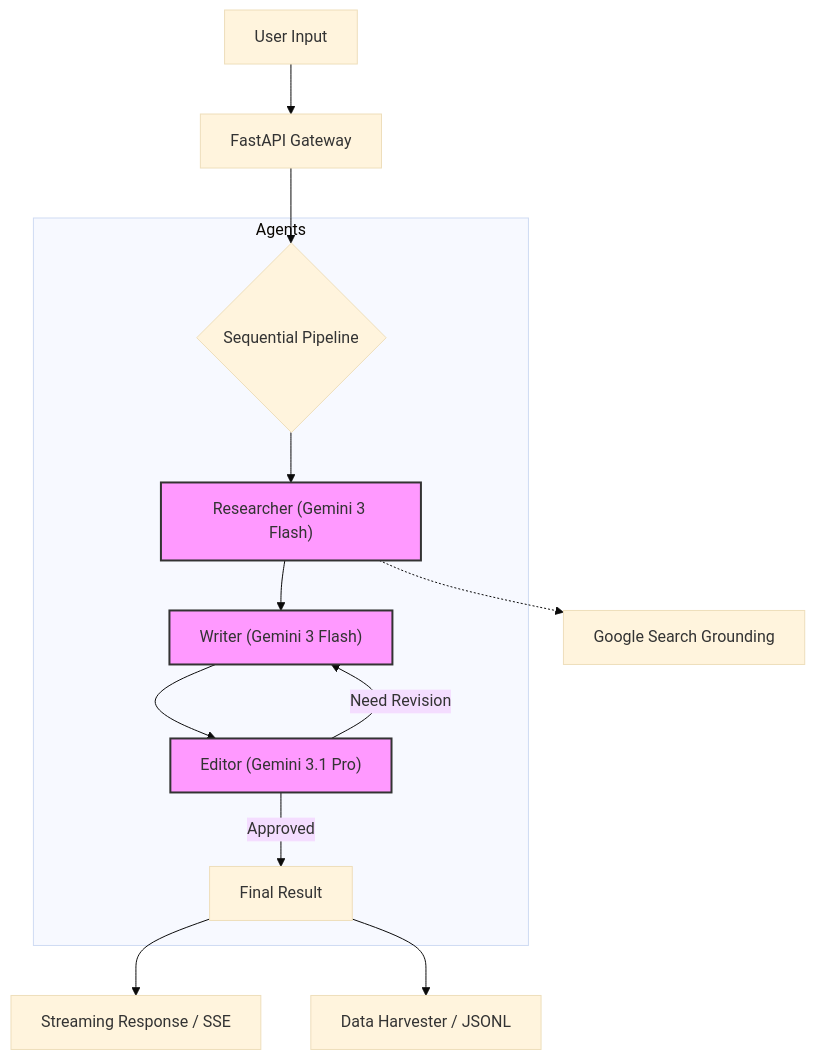
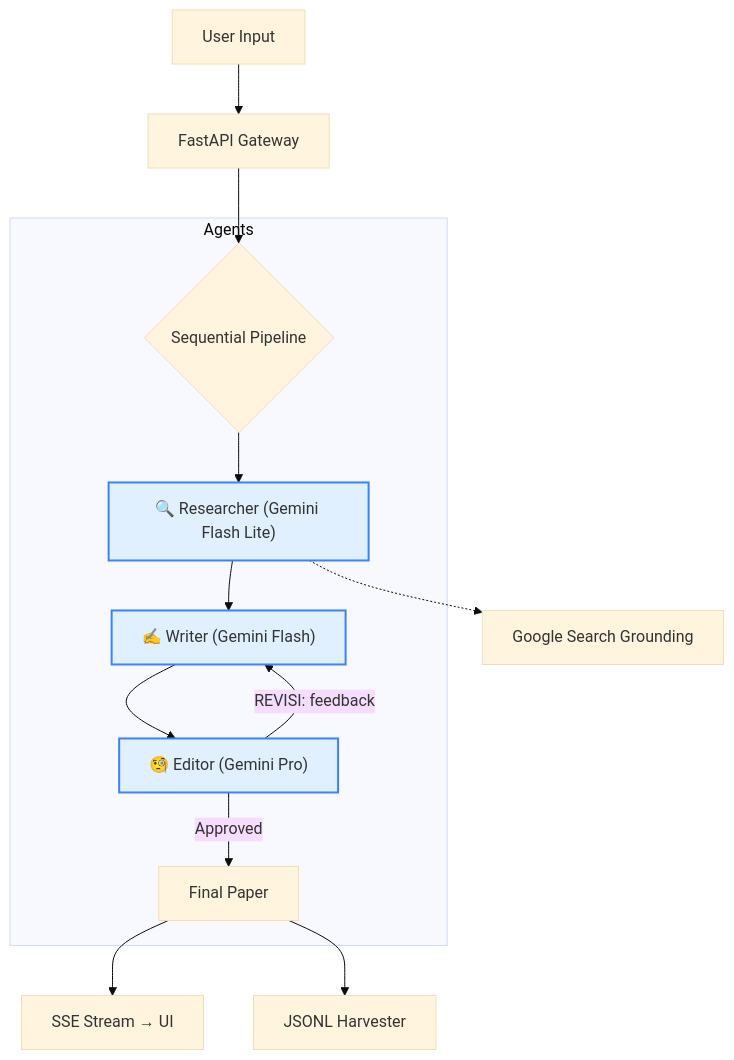
One commit to AriHyuk/researcher-ai changed the diagram in README.md. Above: the diagram before and after it, drawn with Mermaid (base theme). The commit also changed other lines of this file and 5 other files, not shown here.

First line of the commit message:
feat(core): implement llm observability, stream revision, and export tools

````diff
--- a/README.md
+++ b/README.md
@@ -36,20 +82,20 @@
 ```mermaid
 graph TD
     A[User Input] --> B[FastAPI Gateway]
     B --> C{Sequential Pipeline}
-    
+
     subgraph Agents
-        C --> D["Researcher (Gemini 3 Flash)"]
-        D --> E["Writer (Gemini 3 Flash)"]
-        E --> F["Editor (Gemini 3.1 Pro)"]
-        F -- "Need Revision" --> E
-        F -- "Approved" --> G[Final Result]
+        C --> D["🔍 Researcher (Gemini Flash Lite)"]
+        D --> E["✍️ Writer (Gemini Flash)"]
+        E --> F["🧐 Editor (Gemini Pro)"]
+        F -- "REVISI: feedback" --> E
+        F -- "Approved" --> G[Final Paper]
     end
-    
+
     D -.-> H[Google Search Grounding]
-    G --> I[Streaming Response / SSE]
-    G --> J[Data Harvester / JSONL]
-    
-    classDef agent fill:#f9f,stroke:#333,stroke-width:2px;
+    G --> I[SSE Stream → UI]
+    G --> J[JSONL Harvester]
+
+    classDef agent fill:#e0f0ff,stroke:#3b82f6,stroke-width:2px;
     class D,E,F agent;
 ```
````
